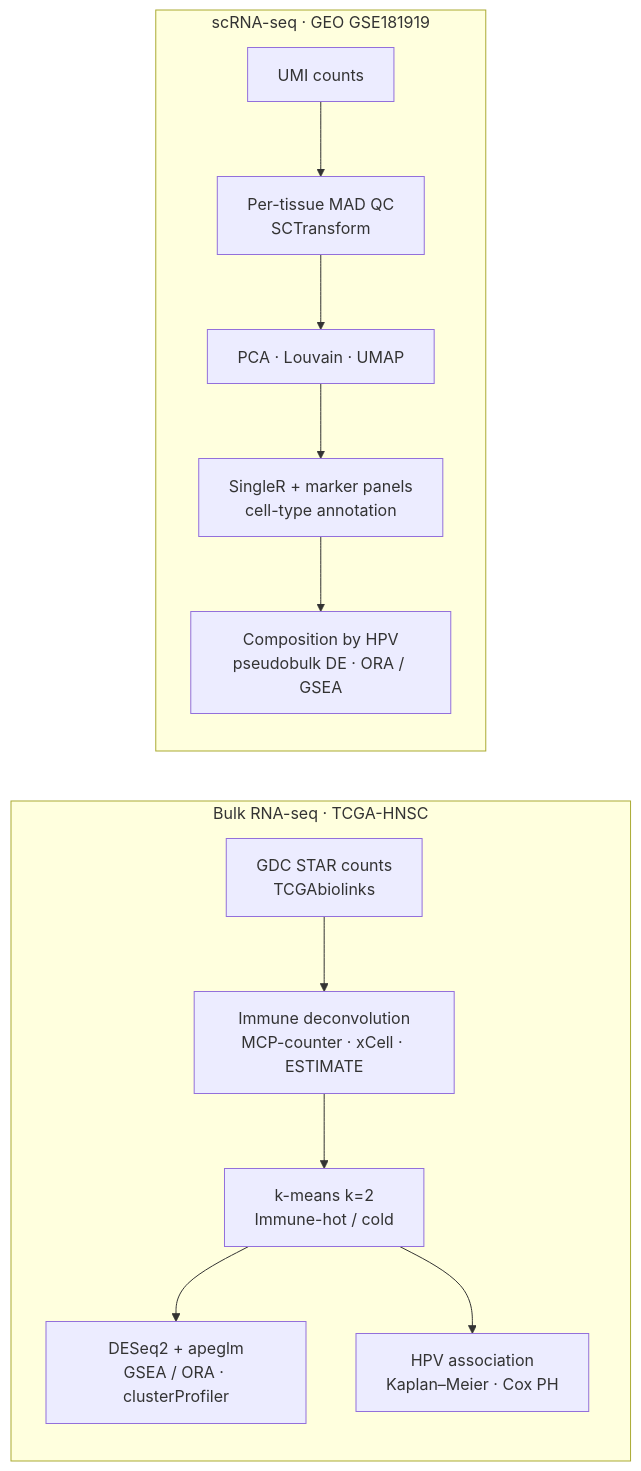
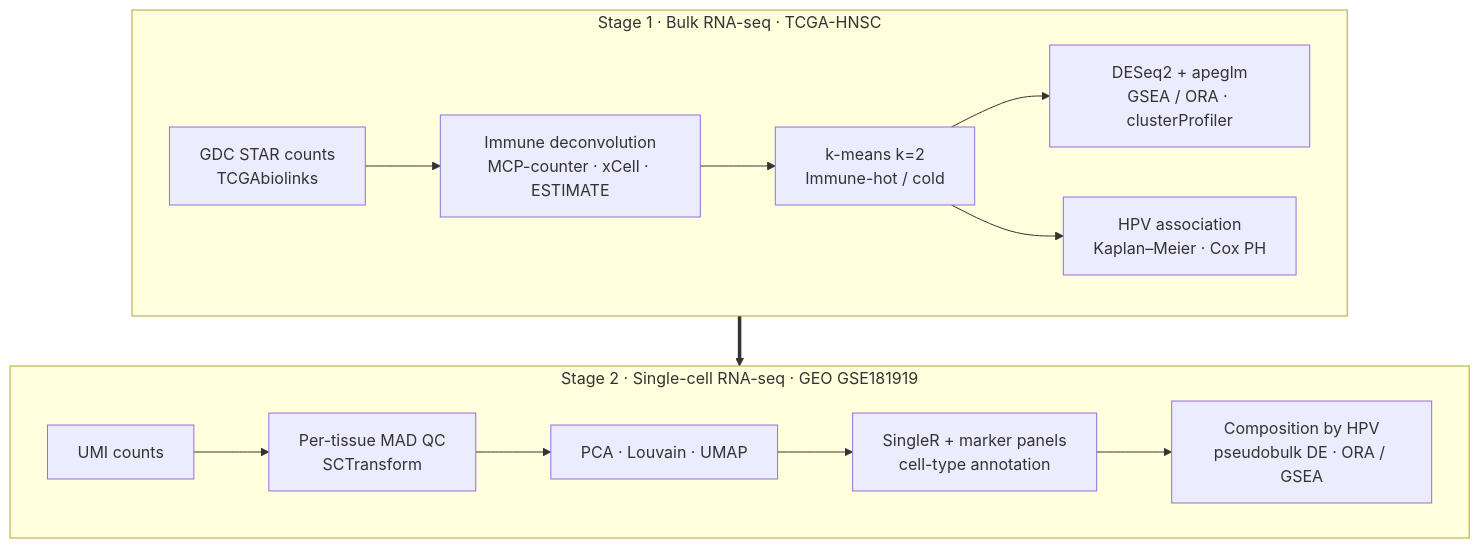
One commit to bichngochuynh/head-neck-cancer-transcriptomics changed the diagram in README.md. Above: the diagram before and after it, drawn with Mermaid. The commit also changed other lines of this file, not shown here.

Commit message:
Order README: bulk RNA-seq (Stage 1) before single-cell (Stage 2)

````diff
--- a/README.md
+++ b/README.md
@@ -24,15 +24,18 @@
 ```mermaid
-flowchart LR
-    subgraph BULK["Bulk RNA-seq · TCGA-HNSC"]
+flowchart TB
+    subgraph BULK["Stage 1 · Bulk RNA-seq · TCGA-HNSC"]
+        direction LR
         A[GDC STAR counts<br/>TCGAbiolinks] --> B[Immune deconvolution<br/>MCP-counter · xCell · ESTIMATE]
         B --> C[k-means k=2<br/>Immune-hot / cold]
         C --> D[DESeq2 + apeglm<br/>GSEA / ORA · clusterProfiler]
         C --> E[HPV association<br/>Kaplan–Meier · Cox PH]
     end
-    subgraph SC["scRNA-seq · GEO GSE181919"]
+    subgraph SC["Stage 2 · Single-cell RNA-seq · GEO GSE181919"]
+        direction LR
         F[UMI counts] --> G[Per-tissue MAD QC<br/>SCTransform]
         G --> H[PCA · Louvain · UMAP]
         H --> I[SingleR + marker panels<br/>cell-type annotation]
         I --> J[Composition by HPV<br/>pseudobulk DE · ORA / GSEA]
     end
+    BULK ==> SC
 ```
````
